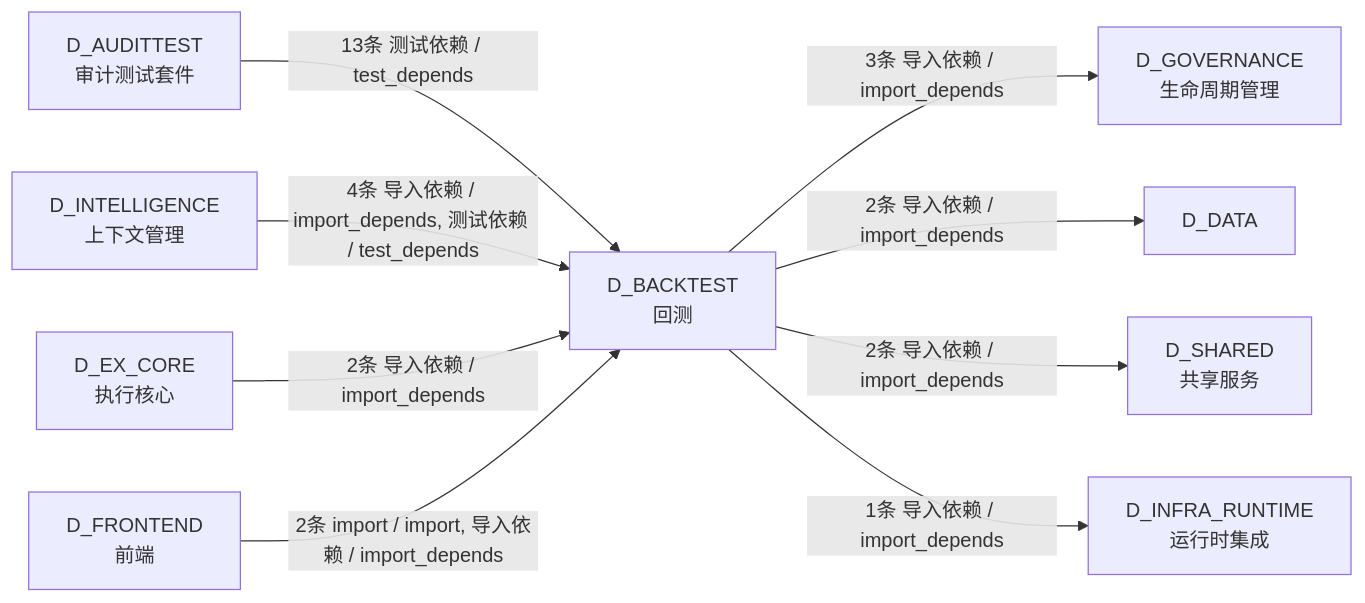
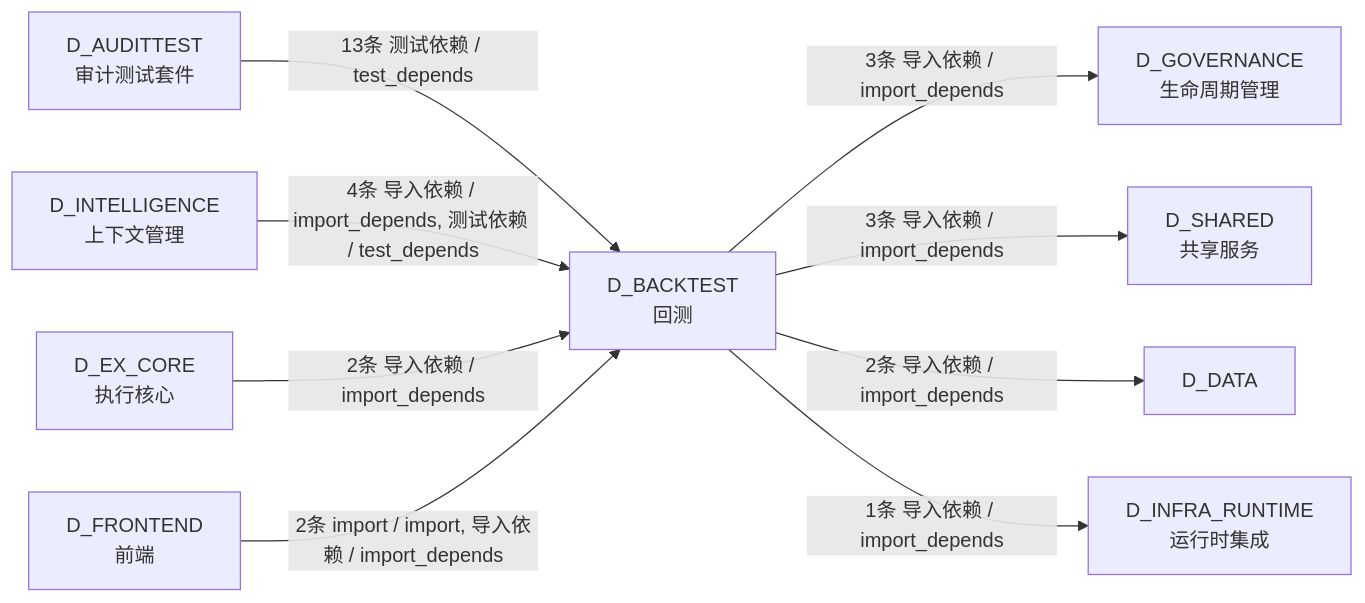
The sixth of 6 diagrams in docs/02_enterprise_architecture/02_domain_architecture_docs/30_d_backtest.md (xuanFelixVan/ZephyrAlpha), drawn with Mermaid before and after one commit. The commit also changed other lines of this file and 126 other files, not shown here.

````diff
--- a/docs/02_enterprise_architecture/02_domain_architecture_docs/30_d_backtest.md
+++ b/docs/02_enterprise_architecture/02_domain_architecture_docs/30_d_backtest.md
@@ -424,20 +427,20 @@
 ```mermaid
 graph LR
     D_BACKTEST["D_BACKTEST<br/>回测"]
     D_GOVERNANCE["D_GOVERNANCE<br/>生命周期管理"]
+    D_SHARED["D_SHARED<br/>共享服务"]
     D_DATA["D_DATA"]
-    D_SHARED["D_SHARED<br/>共享服务"]
     D_INFRA_RUNTIME["D_INFRA_RUNTIME<br/>运行时集成"]
     D_AUDITTEST["D_AUDITTEST<br/>审计测试套件"]
     D_INTELLIGENCE["D_INTELLIGENCE<br/>上下文管理"]
     D_EX_CORE["D_EX_CORE<br/>执行核心"]
     D_FRONTEND["D_FRONTEND<br/>前端"]
     D_BACKTEST -->|3条 导入依赖 / import_depends| D_GOVERNANCE
+    D_BACKTEST -->|3条 导入依赖 / import_depends| D_SHARED
     D_BACKTEST -->|2条 导入依赖 / import_depends| D_DATA
-    D_BACKTEST -->|2条 导入依赖 / import_depends| D_SHARED
     D_BACKTEST -->|1条 导入依赖 / import_depends| D_INFRA_RUNTIME
     D_AUDITTEST -->|13条 测试依赖 / test_depends| D_BACKTEST
     D_INTELLIGENCE -->|4条 导入依赖 / import_depends, 测试依赖 / test_depends| D_BACKTEST
     D_EX_CORE -->|2条 导入依赖 / import_depends| D_BACKTEST
     D_FRONTEND -->|2条 import / import, 导入依赖 / import_depends| D_BACKTEST
 ```
````
